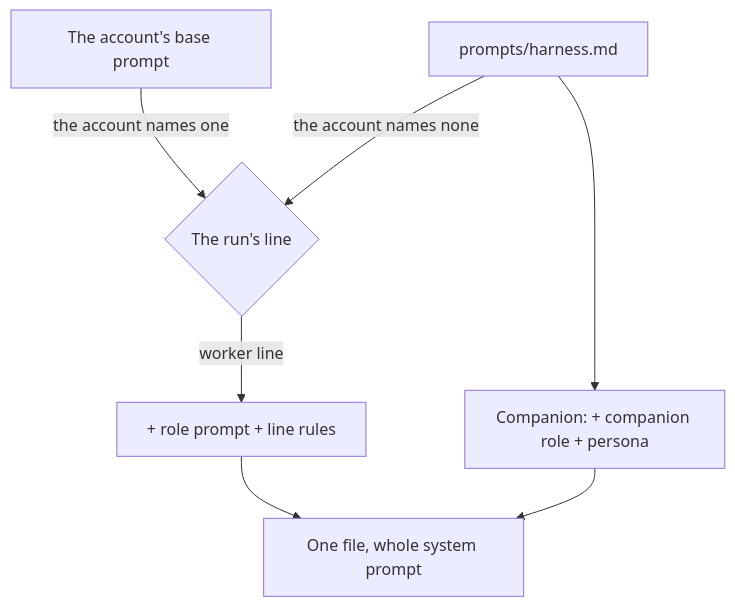
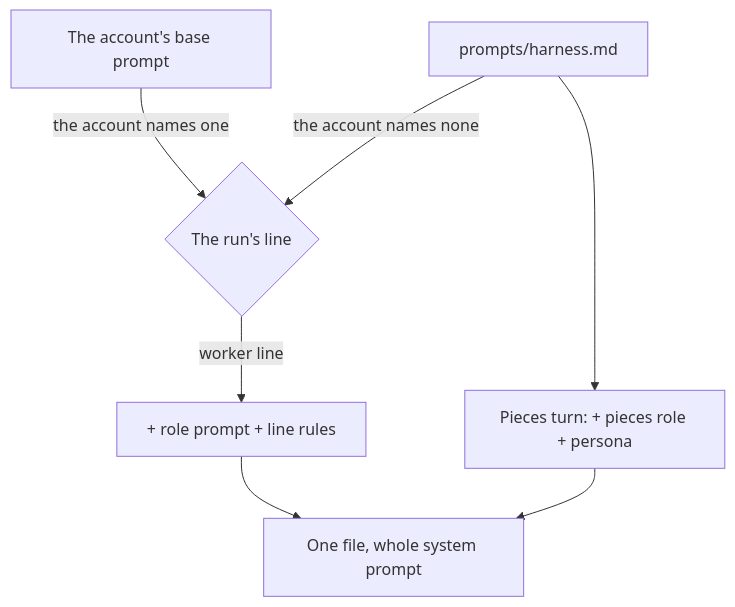
One commit to ahas/bmo-agency changed the diagram in docs/base-prompts.md. Above: the diagram before and after it, drawn with Mermaid. The commit also changed other lines of this file and 206 other files, not shown here.

````diff
--- a/docs/base-prompts.md
+++ b/docs/base-prompts.md
@@ -50,9 +50,9 @@
 ```mermaid
 flowchart TD
   F[The account's base prompt] -- the account names one --> B{The run's line}
   H[prompts/harness.md] -- the account names none --> B
-  H --> D[Companion: + companion role + persona]
+  H --> D[Pieces turn: + pieces role + persona]
   B -- worker line --> C[+ role prompt + line rules]
   C --> E[One file, whole system prompt]
   D --> E
 ```
````
